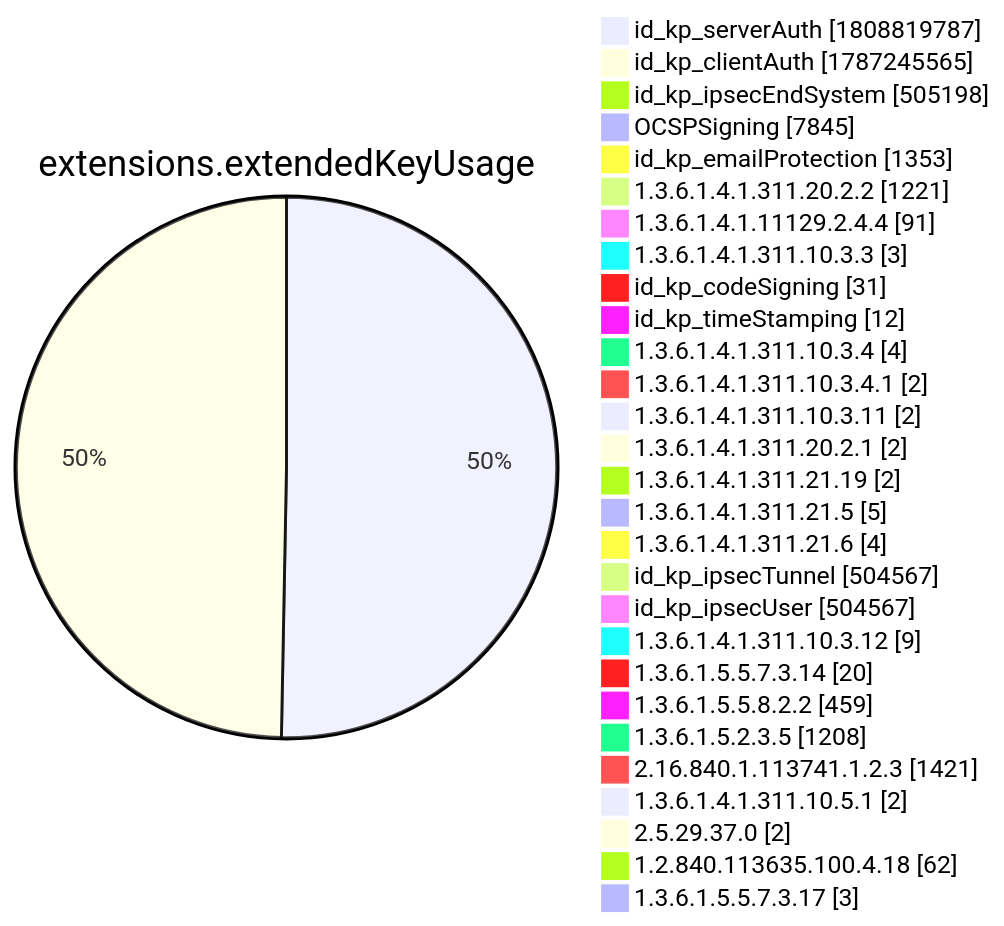
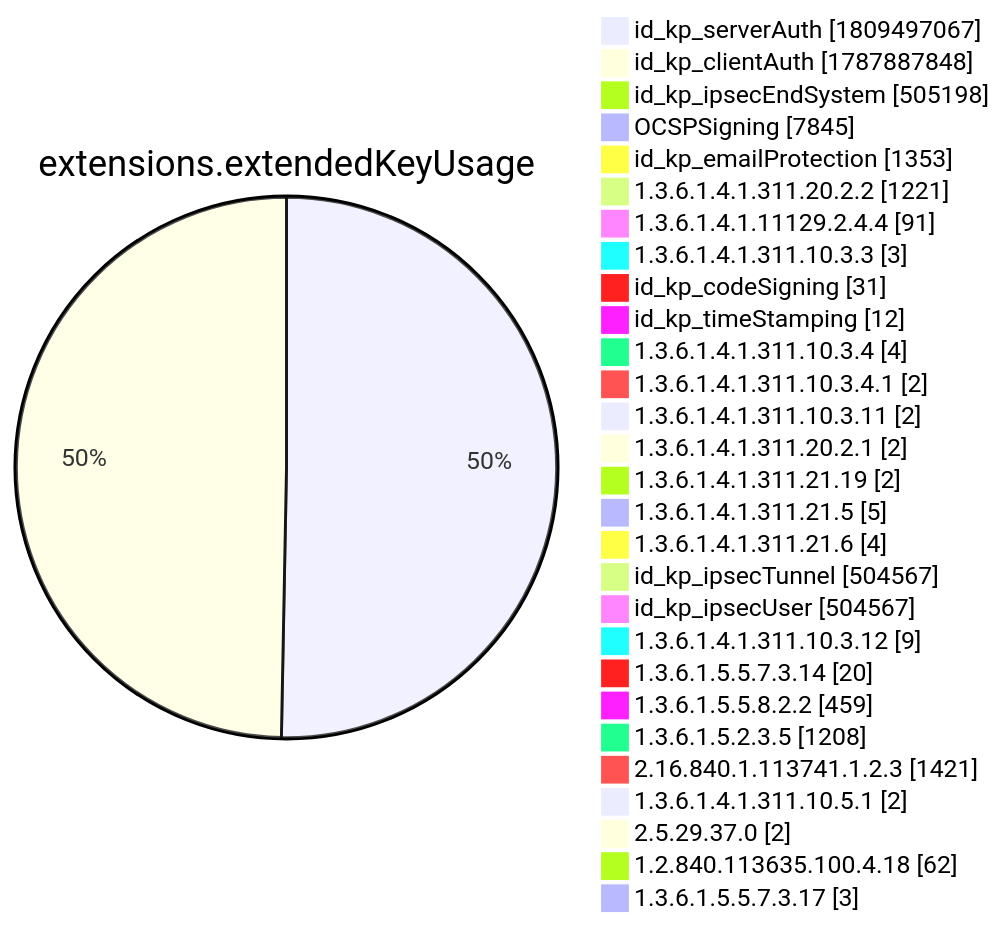
Before and after one commit to christiankrug/ctmonitor_visualization: diagram 12 of 15 in xenon2022/README.md, drawn with Mermaid. The commit also changed other lines of this file, not shown here.

````diff
--- a/xenon2022/README.md
+++ b/xenon2022/README.md
@@ -3895,32 +3895,32 @@
 ```mermaid
 pie showData
 title extensions.extendedKeyUsage
-"id_kp_serverAuth" :1808819787
-"id_kp_clientAuth" :1787245565
+"id_kp_serverAuth" :1809497067
+"id_kp_clientAuth" :1787887848
 "id_kp_ipsecEndSystem" :505198
 "OCSPSigning" :7845
 "id_kp_emailProtection" :1353
 "1.3.6.1.4.1.311.20.2.2" :1221
 "1.3.6.1.4.1.11129.2.4.4" :91
 "1.3.6.1.4.1.311.10.3.3" :3
 "id_kp_codeSigning" :31
 "id_kp_timeStamping" :12
 "1.3.6.1.4.1.311.10.3.4" :4
 "1.3.6.1.4.1.311.10.3.4.1" :2
 "1.3.6.1.4.1.311.10.3.11" :2
 "1.3.6.1.4.1.311.20.2.1" :2
 "1.3.6.1.4.1.311.21.19" :2
 "1.3.6.1.4.1.311.21.5" :5
 "1.3.6.1.4.1.311.21.6" :4
 "id_kp_ipsecTunnel" :504567
 "id_kp_ipsecUser" :504567
 "1.3.6.1.4.1.311.10.3.12" :9
 "1.3.6.1.5.5.7.3.14" :20
 "1.3.6.1.5.5.8.2.2" :459
 "1.3.6.1.5.2.3.5" :1208
 "2.16.840.1.113741.1.2.3" :1421
 "1.3.6.1.4.1.311.10.5.1" :2
 "2.5.29.37.0" :2
 "1.2.840.113635.100.4.18" :62
 "1.3.6.1.5.5.7.3.17" :3
 ```
````
